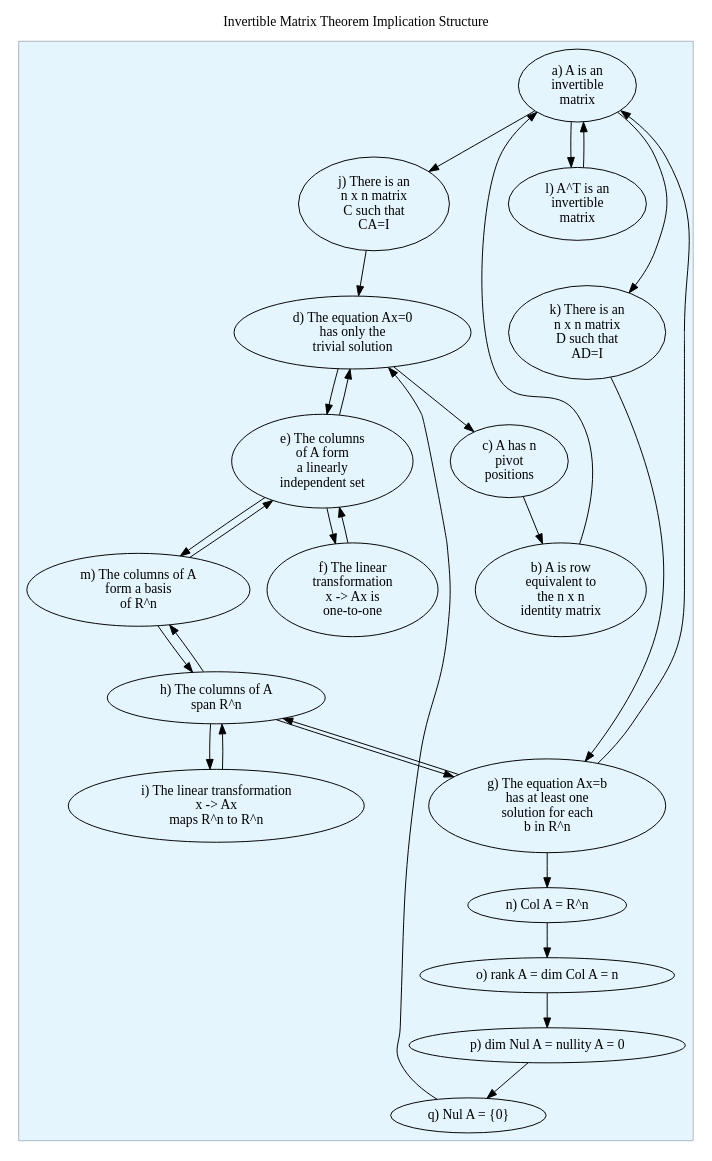
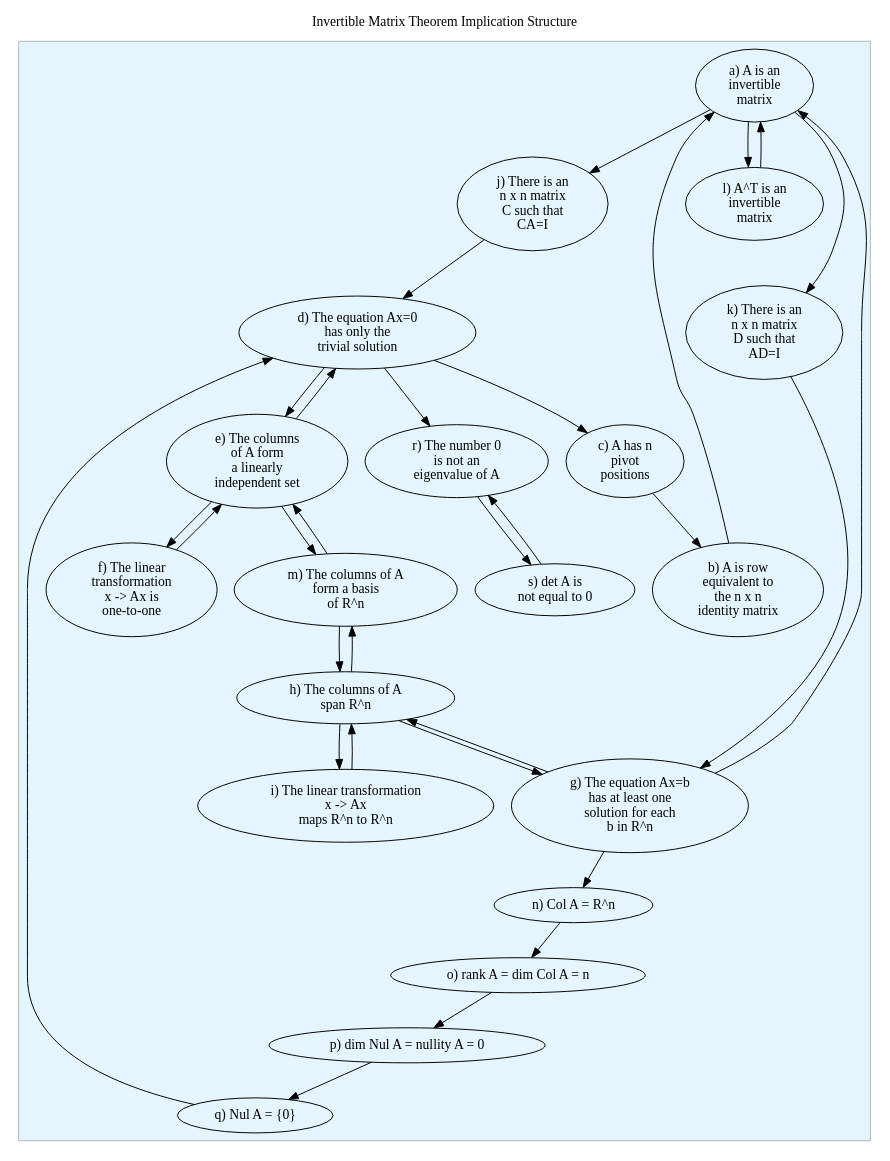
The diagram in disucssion-6/invertible-matrix-theorem.dot (jllovet/jhu-en-625-252-fa26-linear-algebra), drawn with Graphviz before and after one commit.

Commit message:
Add additional statements to implication graph

```diff
--- a/disucssion-6/invertible-matrix-theorem.dot
+++ b/disucssion-6/invertible-matrix-theorem.dot
@@ -1,56 +1,63 @@
 digraph G {
     rankdir="TB"
     ratio=auto
     ranksep=auto
     // layout=neato
     // overlap=false
 
     label="Invertible Matrix Theorem Implication Structure"
     labelloc="t"
 
     // Nodes
     subgraph cluster_imt {
         label=""
         style=rounded
         style=filled
         pencolor="#AEB6BE"
         bgcolor="#E5F5FD"
         prop_a [label="a) A is an\ninvertible\nmatrix"]
         prop_b [label="b) A is row\nequivalent to\nthe n x n\nidentity matrix"]
         prop_c [label="c) A has n\npivot\npositions"]
         prop_d [label="d) The equation Ax=0\nhas only the\ntrivial solution"]
         prop_e [label="e) The columns\nof A form\na linearly\nindependent set"]
         prop_f [label="f) The linear\ntransformation\nx -> Ax is\none-to-one"]
         prop_g [label="g) The equation Ax=b\nhas at least one\nsolution for each\nb in R^n"]
         prop_h [label="h) The columns of A\nspan R^n"]
         prop_i [label="i) The linear transformation\nx -> Ax\nmaps R^n to R^n"]
         prop_j [label="j) There is an\nn x n matrix\nC such that\nCA=I"]
         prop_k [label="k) There is an\nn x n matrix\nD such that\nAD=I"]
         prop_l [label="l) A^T is an\ninvertible\nmatrix"]
         prop_m [label="m) The columns of A\nform a basis\nof R^n"]
         prop_n [label="n) Col A = R^n"]
         prop_o [label="o) rank A = dim Col A = n"]
         prop_p [label="p) dim Nul A = nullity A = 0"]
         prop_q [label="q) Nul A = {0}"]
+        prop_r [label="r) The number 0\nis not an\neigenvalue of A"]
+        prop_s [label="s) det A is\nnot equal to 0"]
     }
 
     // Edges
 
     prop_a -> prop_j -> prop_d -> prop_c -> prop_b -> prop_a
     
     prop_a -> prop_l
     prop_l -> prop_a
 
     prop_a -> prop_k -> prop_g -> prop_a
 
     prop_g -> prop_h -> prop_i -> prop_h -> prop_g
 
     prop_g -> prop_n -> prop_o -> prop_p -> prop_q -> prop_d
 
     prop_d -> prop_e -> prop_f -> prop_e -> prop_d
 
     prop_m -> prop_e -> prop_m
 
     prop_m -> prop_h -> prop_m
 
+    prop_r -> prop_s
+    prop_s -> prop_r
+
+    prop_d -> prop_r
+
 }
```
